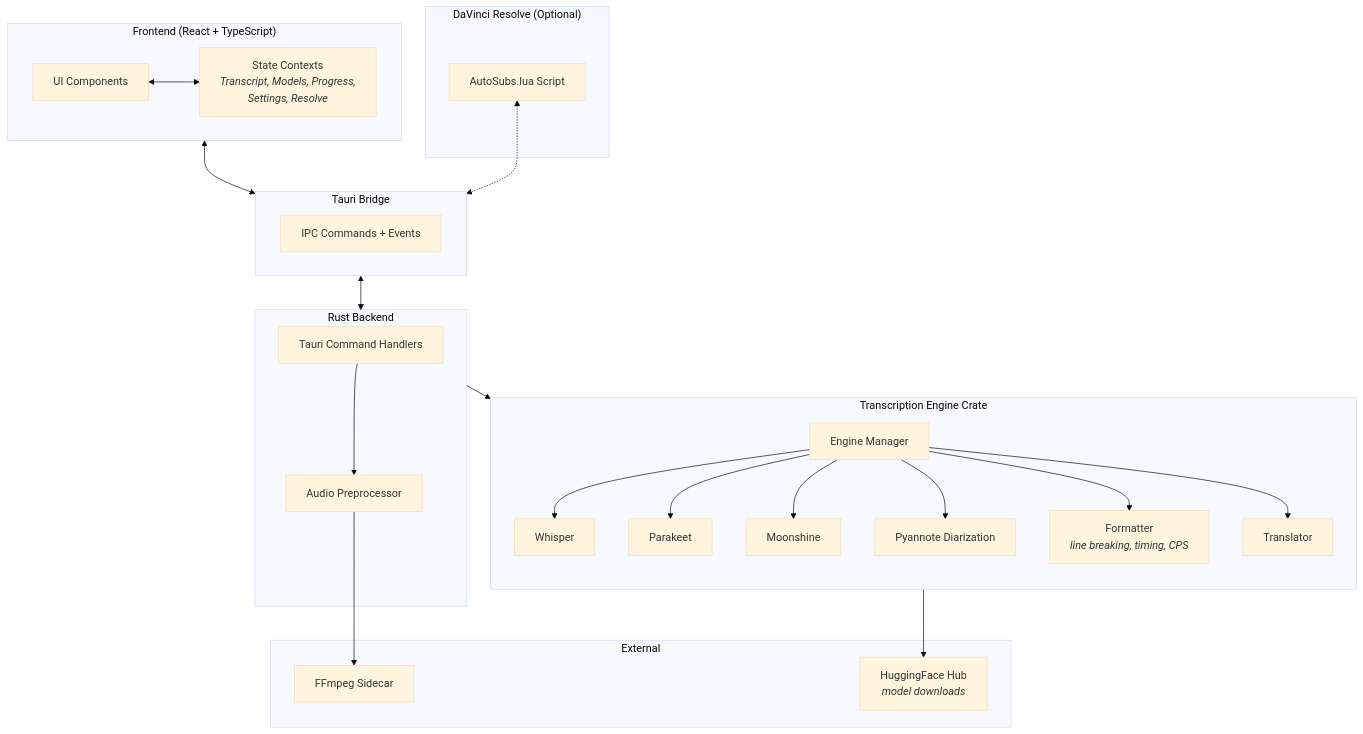
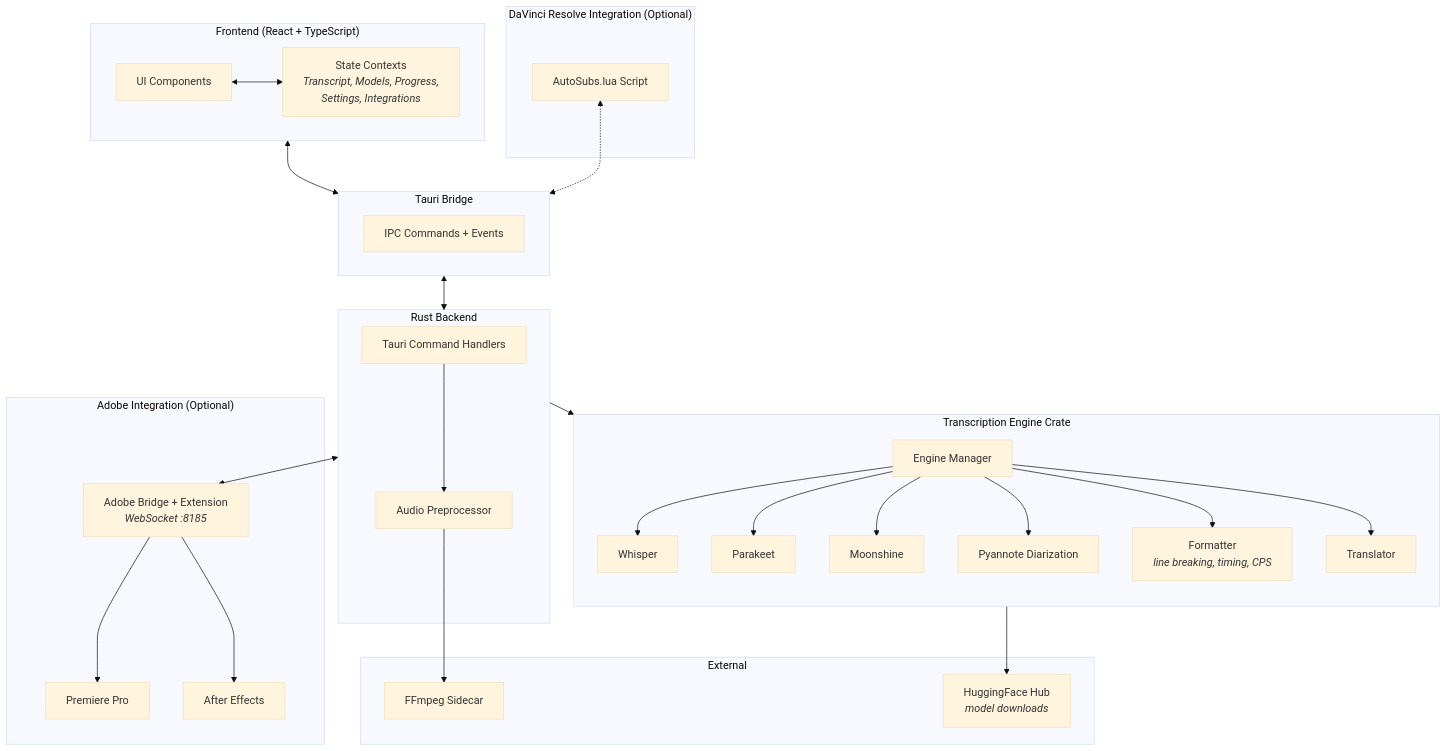
One commit to tmoroney/auto-subs changed the diagram in AutoSubs-App/README.md. Above: the diagram before and after it, drawn with Mermaid (base theme). The commit also changed other lines of this file and 3 other files, not shown here.

````diff
--- a/AutoSubs-App/README.md
+++ b/AutoSubs-App/README.md
@@ -17,45 +17,54 @@
 ```mermaid
 graph TB
     subgraph Frontend ["Frontend (React + TypeScript)"]
         UI[UI Components]
-        CTX[State Contexts<br><i>Transcript, Models, Progress,<br>Settings, Resolve</i>]
+        CTX[State Contexts<br><i>Transcript, Models, Progress,<br>Settings, Integrations</i>]
         UI <--> CTX
     end
 
     subgraph Tauri ["Tauri Bridge"]
         IPC[IPC Commands + Events]
     end
 
     subgraph Backend ["Rust Backend"]
         API[Tauri Command Handlers]
         AP[Audio Preprocessor]
         API --> AP
     end
 
     subgraph Engine ["Transcription Engine Crate"]
         direction TB
         EM[Engine Manager]
         EM --> W[Whisper]
         EM --> P[Parakeet]
         EM --> M[Moonshine]
         EM --> D[Pyannote Diarization]
         EM --> FMT[Formatter<br><i>line breaking, timing, CPS</i>]
         EM --> TR[Translator]
     end
 
     subgraph External ["External"]
         FF[FFmpeg Sidecar]
         HF[HuggingFace Hub<br><i>model downloads</i>]
     end
 
-    subgraph Resolve ["DaVinci Resolve (Optional)"]
+    subgraph Resolve ["DaVinci Resolve Integration (Optional)"]
         LUA[AutoSubs.lua Script]
+    end
+
+    subgraph Adobe ["Adobe Integration (Optional)"]
+        WS[Adobe Bridge + Extension<br><i>WebSocket :8185</i>]
+        PR[Premiere Pro]
+        AE[After Effects]
+        WS --> PR
+        WS --> AE
     end
 
     Frontend <--> Tauri
     Tauri <--> Backend
     Backend --> Engine
     AP --> FF
     Engine --> HF
     LUA <-.-> Tauri
+    Backend <--> WS
 ```
````
